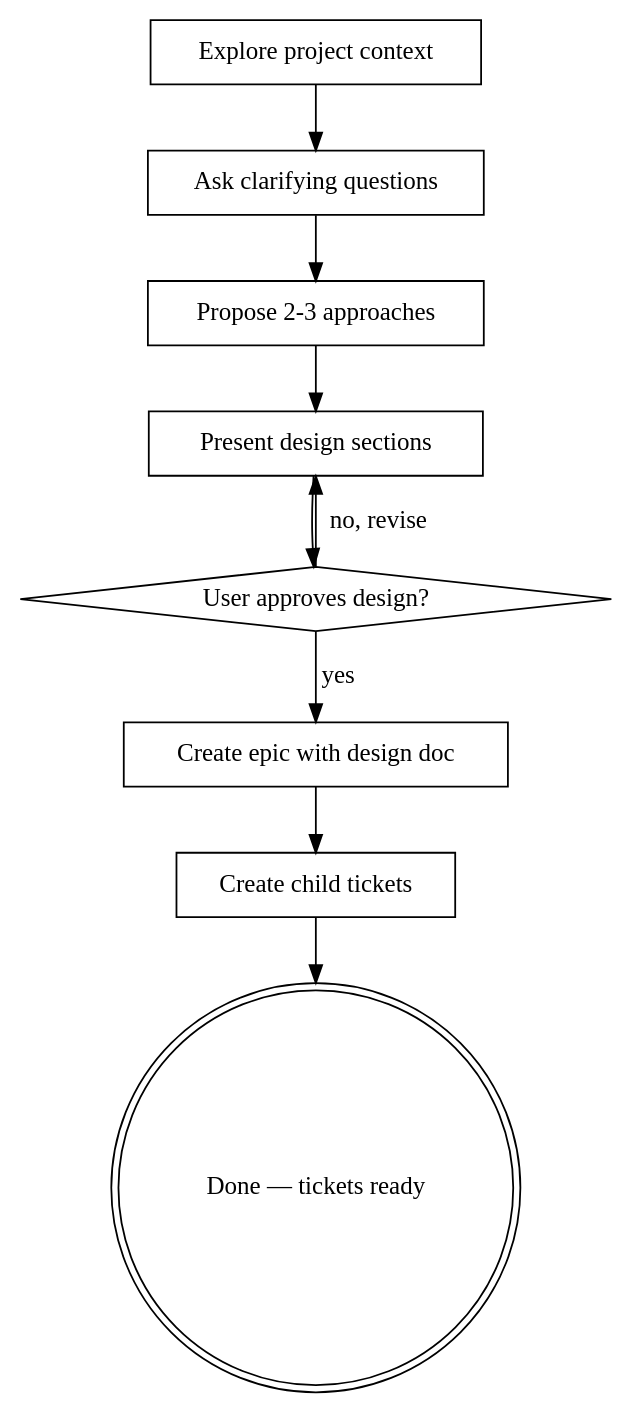
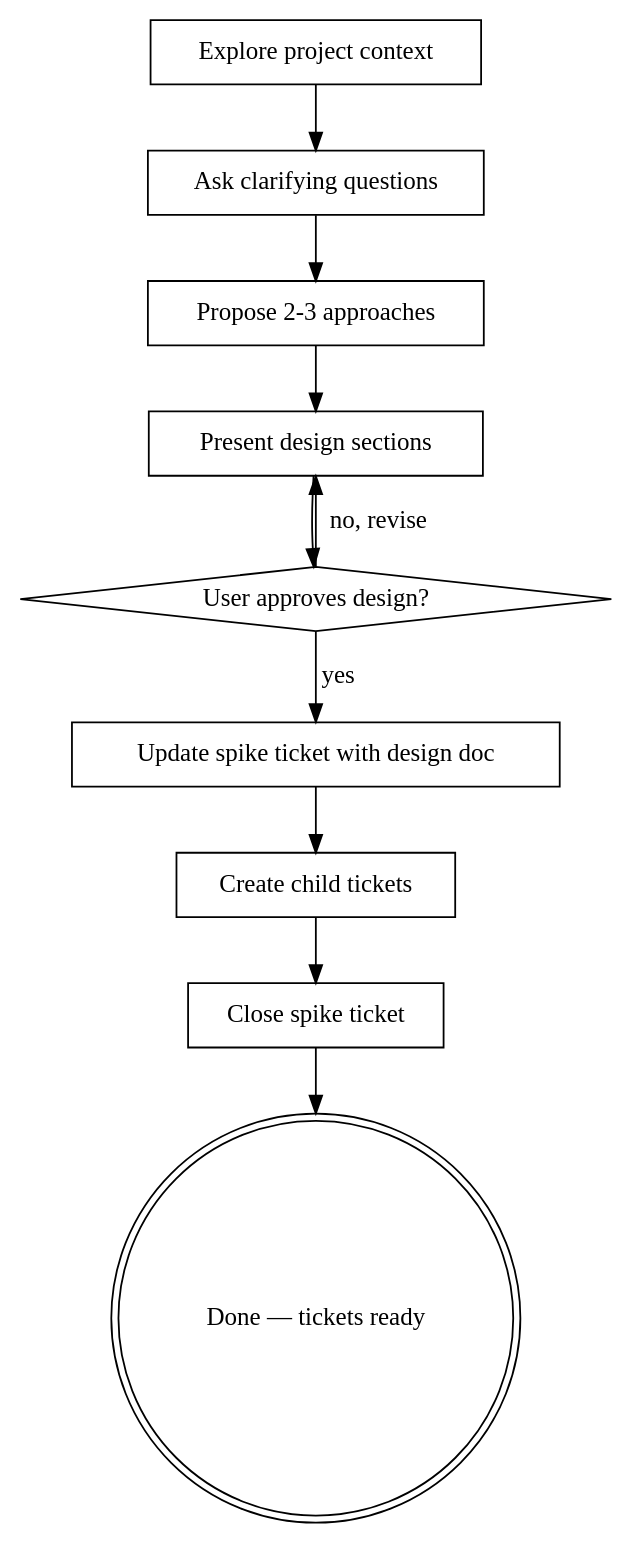
Before and after one commit to cmaher/ur: the diagram in containers/claude-worker/all-skills/design/SKILL.md, drawn with Graphviz. The commit also changed other lines of this file, not shown here.

Commit message:
update /design skill to use spike ticket as epic parent and close on completion

````diff
--- a/containers/claude-worker/all-skills/design/SKILL.md
+++ b/containers/claude-worker/all-skills/design/SKILL.md
@@ -37,21 +47,23 @@
 ```dot
 digraph brainstorming {
     "Explore project context" [shape=box];
     "Ask clarifying questions" [shape=box];
     "Propose 2-3 approaches" [shape=box];
     "Present design sections" [shape=box];
     "User approves design?" [shape=diamond];
-    "Create epic with design doc" [shape=box];
+    "Update spike ticket with design doc" [shape=box];
     "Create child tickets" [shape=box];
+    "Close spike ticket" [shape=box];
     "Done — tickets ready" [shape=doublecircle];
 
     "Explore project context" -> "Ask clarifying questions";
     "Ask clarifying questions" -> "Propose 2-3 approaches";
     "Propose 2-3 approaches" -> "Present design sections";
     "Present design sections" -> "User approves design?";
     "User approves design?" -> "Present design sections" [label="no, revise"];
-    "User approves design?" -> "Create epic with design doc" [label="yes"];
-    "Create epic with design doc" -> "Create child tickets";
-    "Create child tickets" -> "Done — tickets ready";
+    "User approves design?" -> "Update spike ticket with design doc" [label="yes"];
+    "Update spike ticket with design doc" -> "Create child tickets";
+    "Create child tickets" -> "Close spike ticket";
+    "Close spike ticket" -> "Done — tickets ready";
 }
 ```
````
